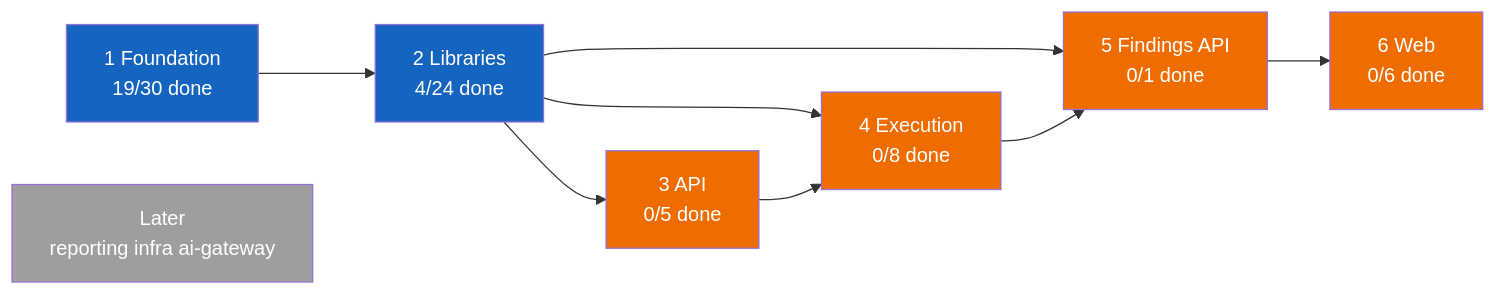
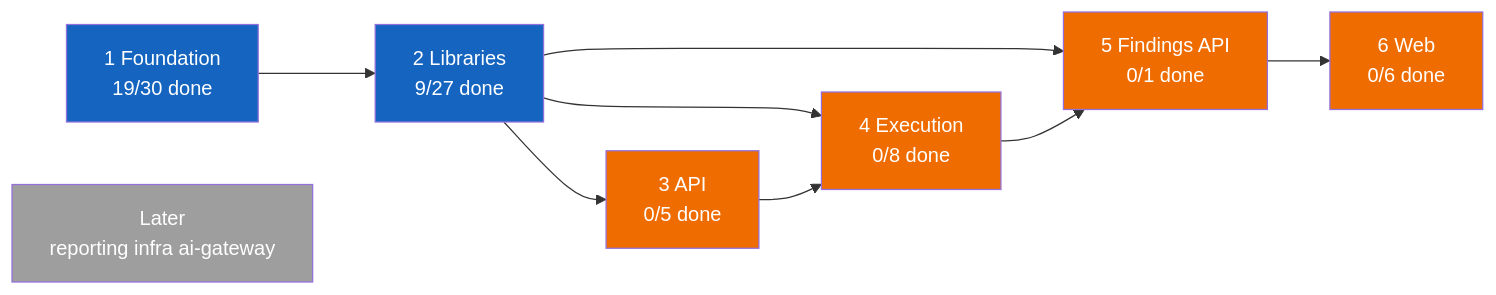
The first of 2 diagrams in PROGRESS.md (vulcanflow/docs), drawn with Mermaid before and after one commit. The commit also changed other lines of this file and 1 other file, not shown here.

````diff
--- a/PROGRESS.md
+++ b/PROGRESS.md
@@ -24,31 +24,31 @@
 ```mermaid
 flowchart LR
   P1["1 Foundation<br/>19/30 done"]
-  P2["2 Libraries<br/>4/24 done"]
+  P2["2 Libraries<br/>9/27 done"]
   P3["3 API<br/>0/5 done"]
   P4["4 Execution<br/>0/8 done"]
   P5["5 Findings API<br/>0/1 done"]
   P6["6 Web<br/>0/6 done"]
   L["Later<br/>reporting infra ai-gateway"]
 
   P1 --> P2
   P2 --> P3
   P2 --> P4
   P3 --> P4
   P2 --> P5
   P4 --> P5
   P5 --> P6
 
   classDef done fill:#2e7d32,color:#fff
   classDef active fill:#1565c0,color:#fff
   classDef held fill:#9e9e9e,color:#fff
   classDef blocked fill:#ef6c00,color:#fff
 
   class P1 active
   class P2 active
   class P3 blocked
   class P4 blocked
   class P5 blocked
   class P6 blocked
   class L held
 ```
````
